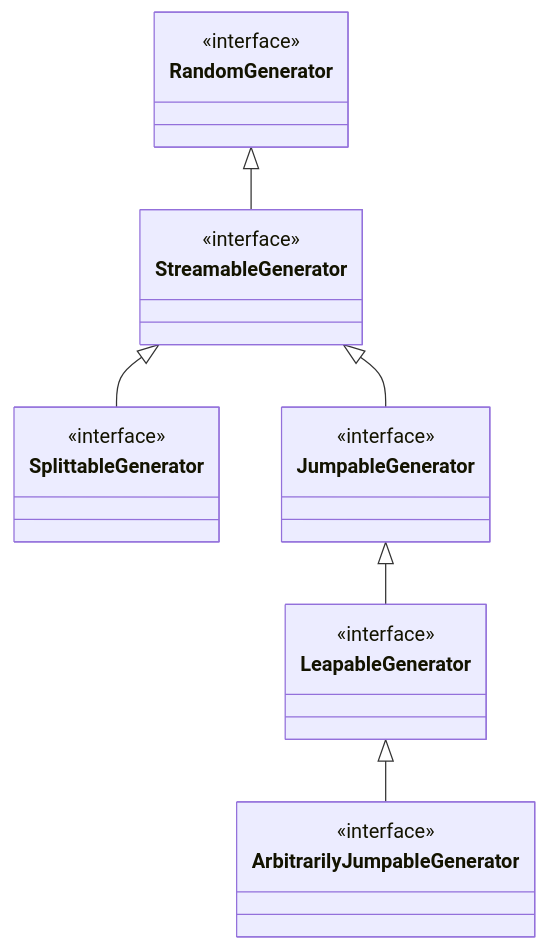
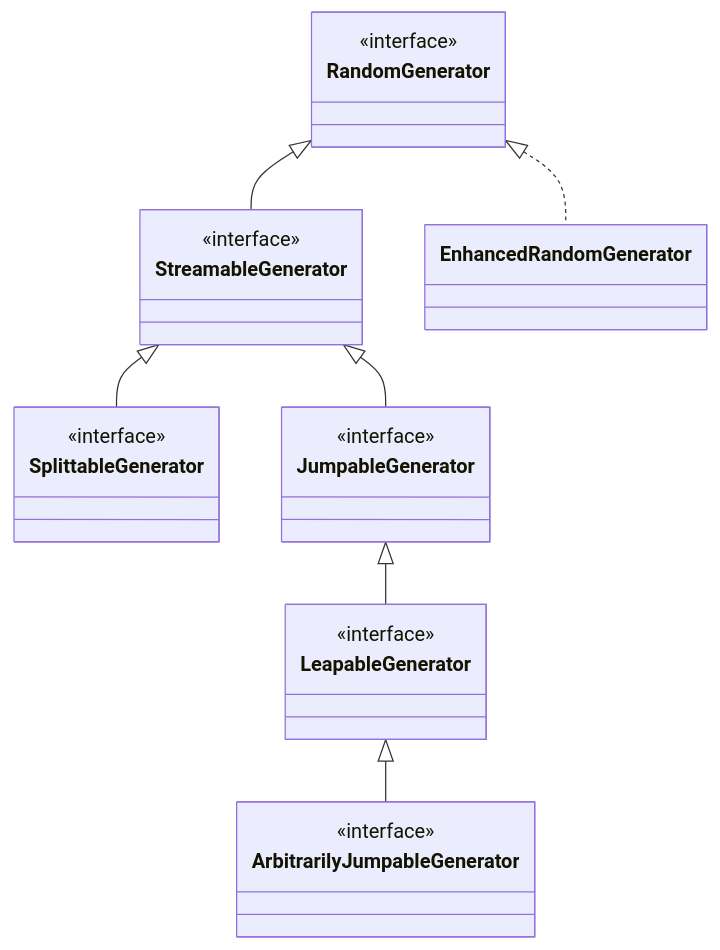
One commit to cicirello/rho-mu changed the diagram in README.md. Above: the diagram before and after it, drawn with Mermaid.

````diff
--- a/README.md
+++ b/README.md
@@ -42,20 +42,22 @@
 ```mermaid
 classDiagram
   class RandomGenerator
   <<interface>> RandomGenerator
   class StreamableGenerator
   <<interface>> StreamableGenerator
   RandomGenerator <|-- StreamableGenerator
   class SplittableGenerator
   <<interface>> SplittableGenerator
   StreamableGenerator <|-- SplittableGenerator
   class JumpableGenerator
   <<interface>> JumpableGenerator
   StreamableGenerator <|-- JumpableGenerator
   class LeapableGenerator
   <<interface>> LeapableGenerator
   JumpableGenerator <|-- LeapableGenerator
   class ArbitrarilyJumpableGenerator
   <<interface>> ArbitrarilyJumpableGenerator
   LeapableGenerator <|-- ArbitrarilyJumpableGenerator
+  class EnhancedRandomGenerator
+  RandomGenerator <|.. EnhancedRandomGenerator
 ```
````
